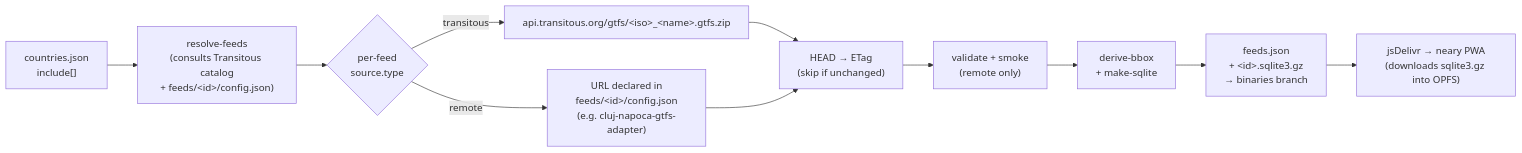
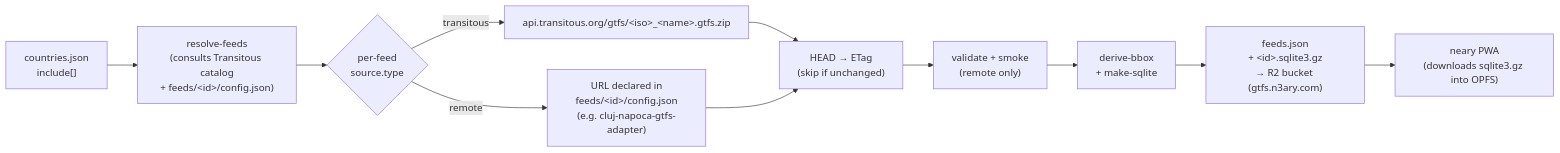
One commit to n3ary/gtfs-sql changed the diagram in README.md. Above: the diagram before and after it, drawn with Mermaid. The commit also changed other lines of this file and 7 other files, not shown here.

````diff
--- a/README.md
+++ b/README.md
@@ -40,13 +41,13 @@
 ```mermaid
 flowchart LR
     A["countries.json<br/>include[]"] --> B["resolve-feeds<br/>(consults Transitous catalog<br/>+ feeds/&lt;id&gt;/config.json)"]
     B --> C{"per-feed<br/>source.type"}
     C -->|transitous| D["api.transitous.org/gtfs/&lt;iso&gt;_&lt;name&gt;.gtfs.zip"]
     C -->|remote| E["URL declared in<br/>feeds/&lt;id&gt;/config.json<br/>(e.g. cluj-napoca-gtfs-adapter)"]
     D --> F["HEAD → ETag<br/>(skip if unchanged)"]
     E --> F
     F --> G["validate + smoke<br/>(remote only)"]
     G --> H["derive-bbox<br/>+ make-sqlite"]
-    H --> I["feeds.json<br/>+ &lt;id&gt;.sqlite3.gz<br/>→ binaries branch"]
-    I --> J["jsDelivr → neary PWA<br/>(downloads sqlite3.gz into OPFS)"]
+    H --> I["feeds.json<br/>+ &lt;id&gt;.sqlite3.gz<br/>→ R2 bucket (gtfs.n3ary.com)"]
+    I --> J["neary PWA<br/>(downloads sqlite3.gz into OPFS)"]
 ```
````
